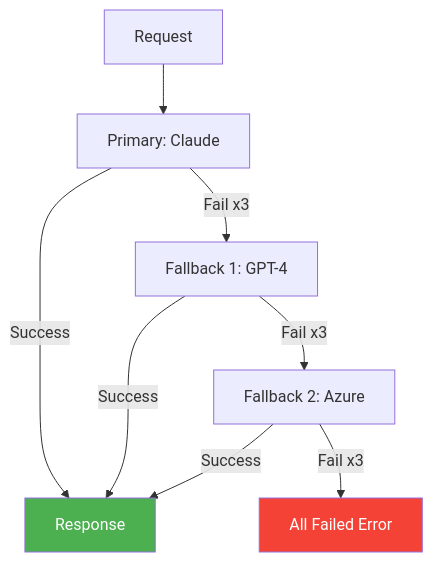
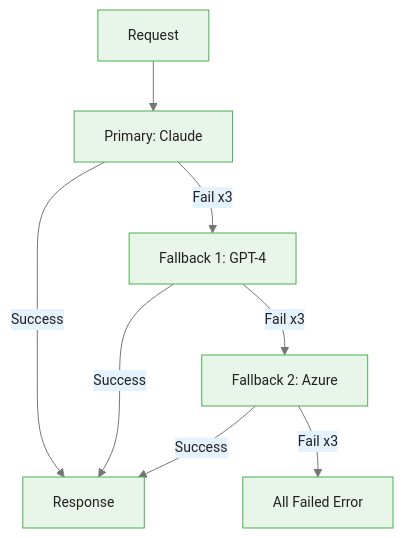
Before and after one commit to m-deane/course-creator: the third of 5 diagrams in courses/dataiku-genai/modules/module_03_custom/guides/02_custom_models_slides.md, drawn with Mermaid. The commit also changed other lines of this file and 54 other files, not shown here.

````diff
--- a/courses/dataiku-genai/modules/module_03_custom/guides/02_custom_models_slides.md
+++ b/courses/dataiku-genai/modules/module_03_custom/guides/02_custom_models_slides.md
@@ -193,13 +197,11 @@
 ```mermaid
+%%{init: {"theme": "base", "themeVariables": {"primaryColor": "#e8f5e9", "primaryBorderColor": "#4caf50", "primaryTextColor": "#212121", "secondaryColor": "#e3f2fd", "tertiaryColor": "#fff8e1", "lineColor": "#757575", "fontFamily": "Inter, sans-serif", "fontSize": "14px"}}}%%
 flowchart TD
     REQ[Request] --> P1[Primary: Claude]
     P1 -->|Success| RES[Response]
     P1 -->|Fail x3| P2[Fallback 1: GPT-4]
     P2 -->|Success| RES
     P2 -->|Fail x3| P3[Fallback 2: Azure]
     P3 -->|Success| RES
     P3 -->|Fail x3| ERR[All Failed Error]
-
-    style RES fill:#4CAF50,color:#fff
-    style ERR fill:#f44336,color:#fff
 ```
````
